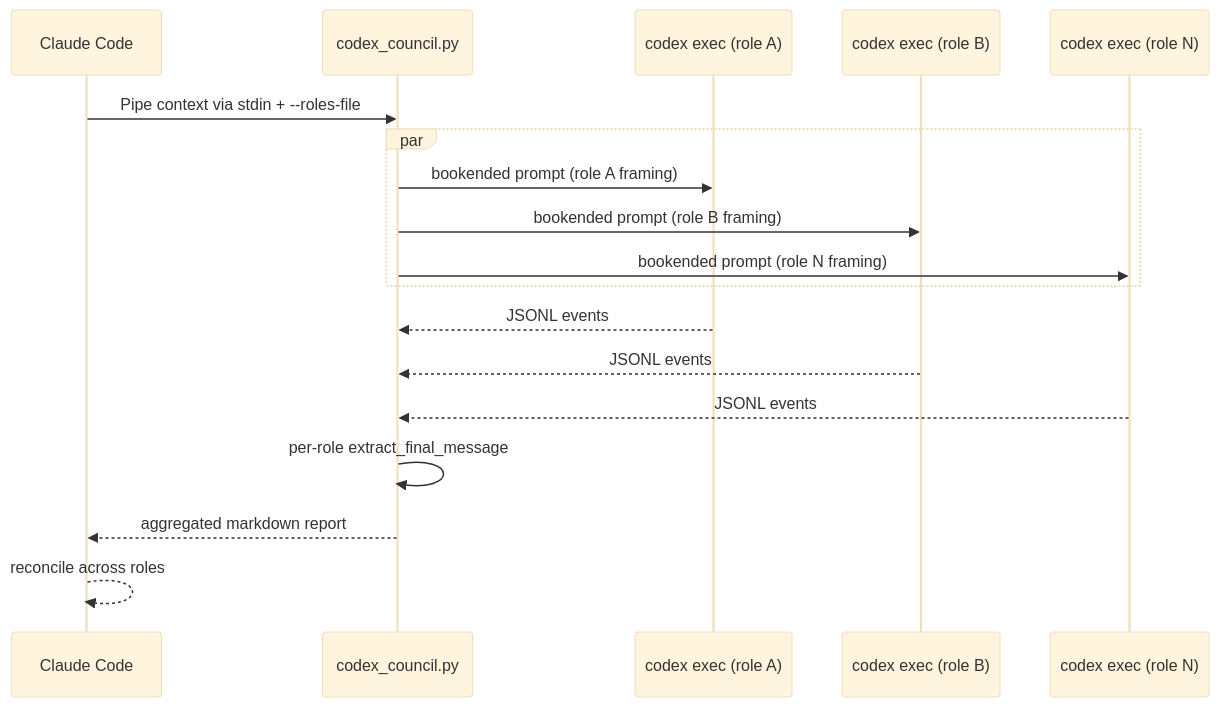
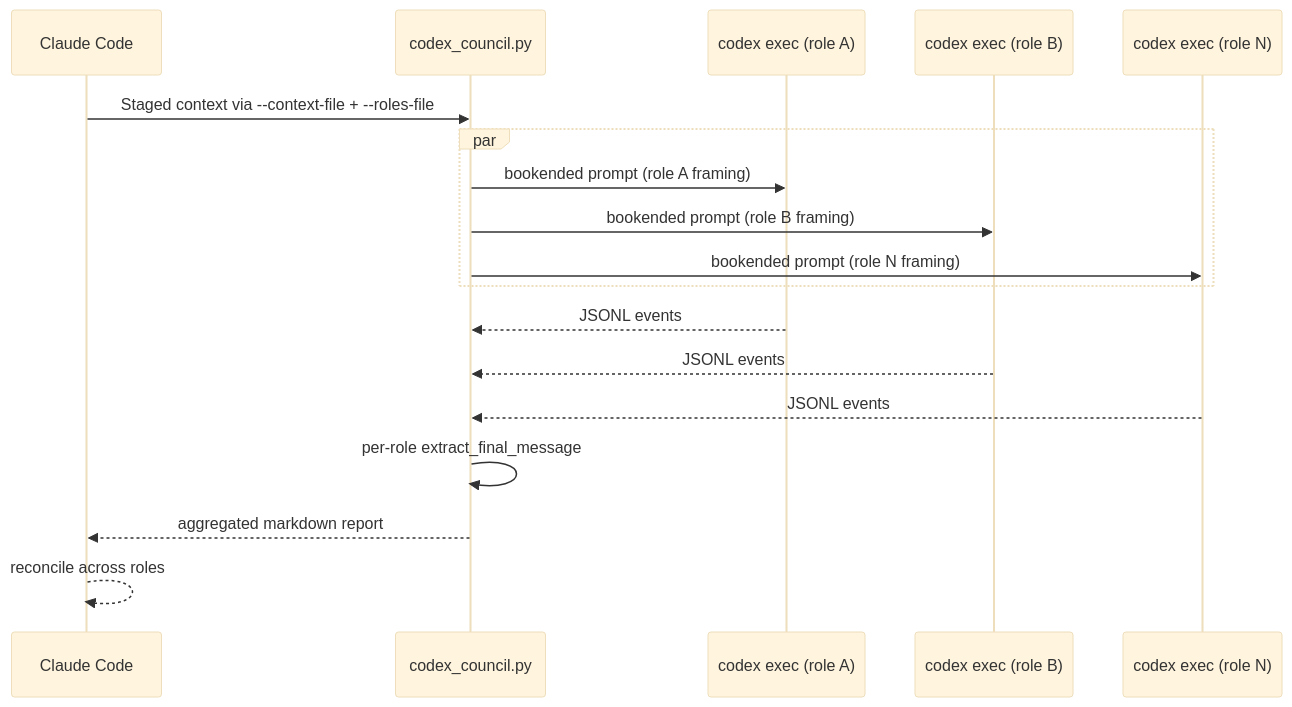
One commit to ehzawad/codex-council changed the diagram in DESIGN.md. Above: the diagram before and after it, drawn with Mermaid (base theme). The commit also changed other lines of this file and 6 other files, not shown here.

````diff
--- a/DESIGN.md
+++ b/DESIGN.md
@@ -41,21 +44,21 @@
 ```mermaid
 sequenceDiagram
     participant C as Claude Code
     participant T as codex_council.py
     participant A as codex exec (role A)
     participant B as codex exec (role B)
     participant N as codex exec (role N)
 
-    C->>T: Pipe context via stdin + --roles-file
+    C->>T: Staged context via --context-file + --roles-file
     par
         T->>A: bookended prompt (role A framing)
         T->>B: bookended prompt (role B framing)
         T->>N: bookended prompt (role N framing)
     end
     A-->>T: JSONL events
     B-->>T: JSONL events
     N-->>T: JSONL events
     T->>T: per-role extract_final_message
     T-->>C: aggregated markdown report
     C-->>C: reconcile across roles
 ```
````
